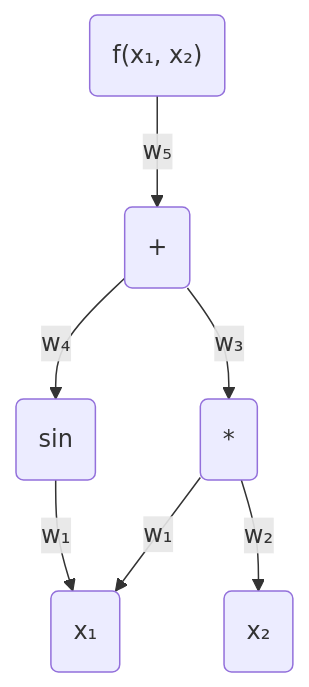
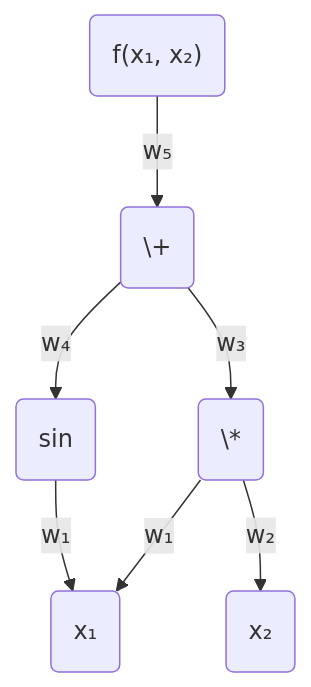
The diagram in docs/graphs/reverse-autodiff.mmd (SleipnirGroup/Sleipnir), drawn with Mermaid before and after one commit.

Commit message:
Fix syntax errors in mermaid diagram (#684)

```diff
--- a/docs/graphs/reverse-autodiff.mmd
+++ b/docs/graphs/reverse-autodiff.mmd
@@ -1,7 +1,7 @@
 graph TD
-    f("f(x₁, x₂)") -->|"w₅"| w5(+)
+    f("f(x₁, x₂)") -->|"w₅"| w5("\+")
     w5 -->|"w₄"| w4("sin")
-    w5 -->|"w₃"| w3("*")
+    w5 -->|"w₃"| w3("\*")
     w4 -->|"w₁"| w1("x₁")
     w3 -->|"w₁"| w1
     w3 -->|"w₂"| w2("x₂")
```
